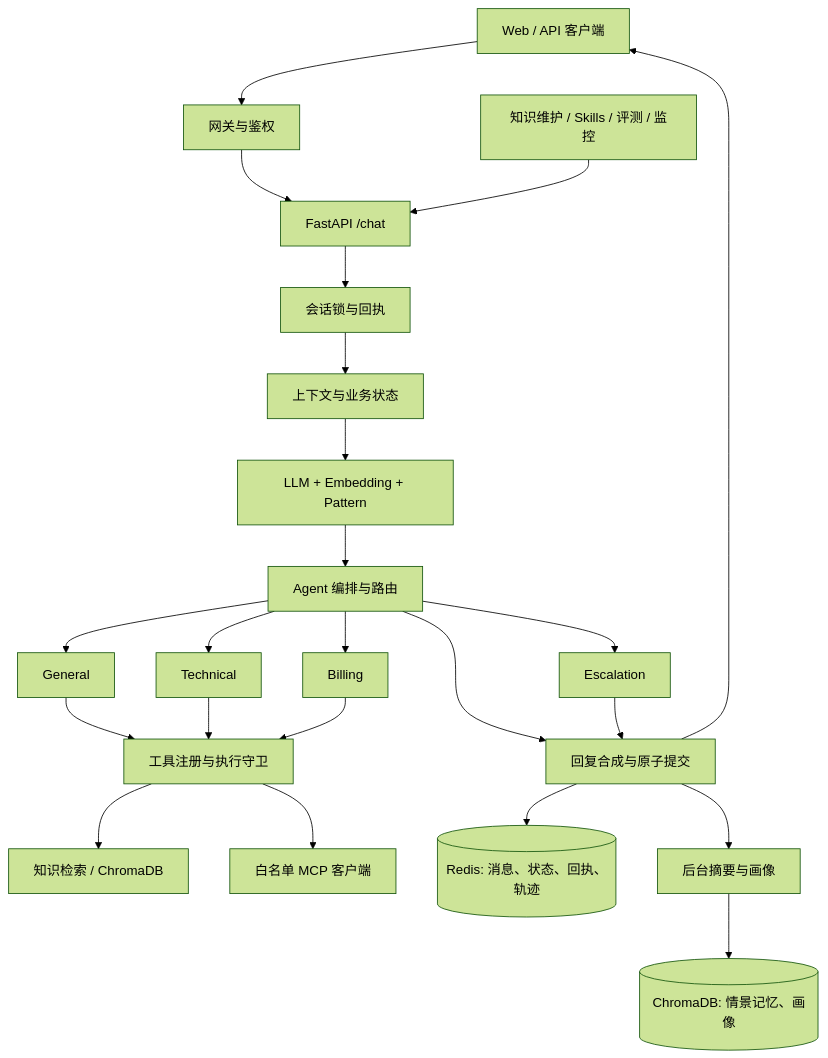
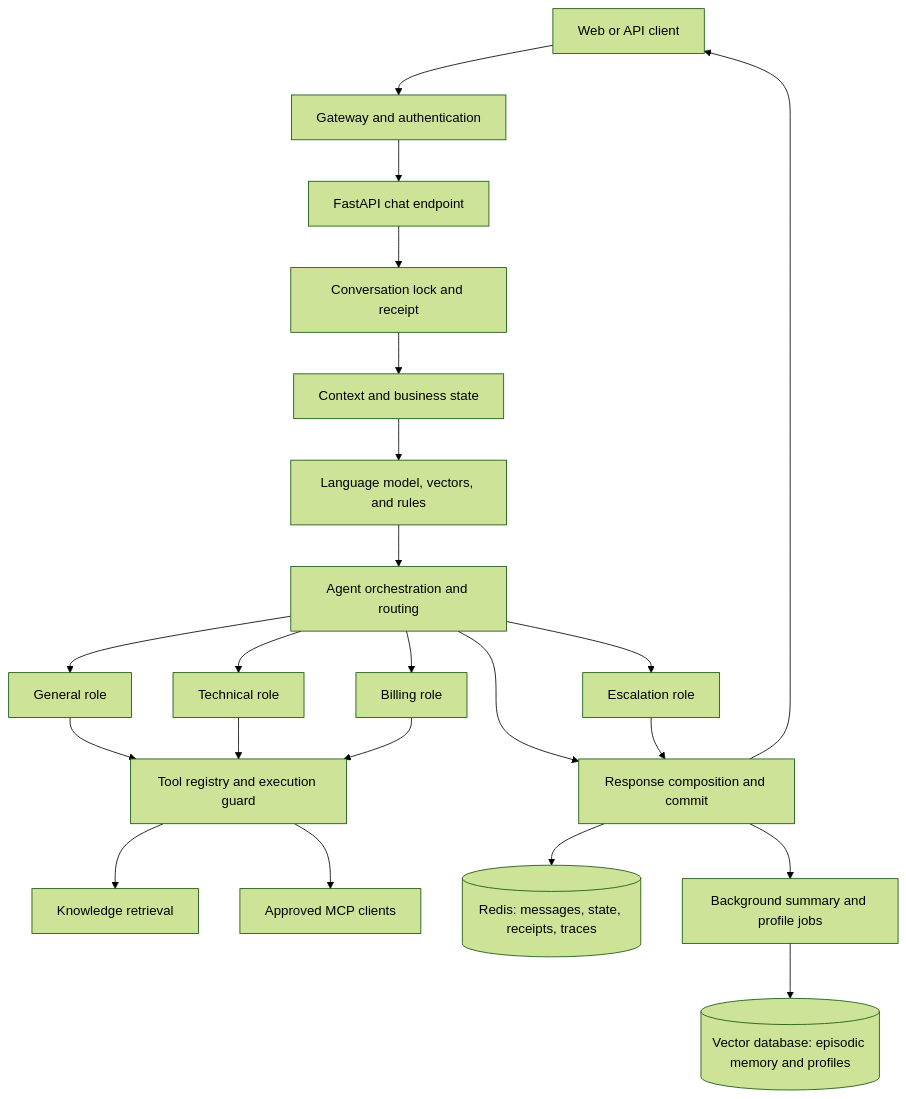
The diagram in docs/technical-design.md (Bruce-Yu-1203/agentflow), drawn with Mermaid (forest theme) before and after one commit. The commit also changed other lines of this file and 2 other files, not shown here.

Commit message:
docs: rewrite AgentFlow documents in English

````diff
--- a/docs/technical-design.md
+++ b/docs/technical-design.md
@@ -13,23 +13,24 @@
 ```mermaid
 flowchart TD
-    Client[Web / API 客户端] --> Gateway[网关与鉴权]
-    Gateway --> Chat[FastAPI /chat]
-    Chat --> Lock[会话锁与回执]
-    Lock --> Memory[上下文与业务状态]
-    Memory --> Intent[LLM + Embedding + Pattern]
-    Intent --> Router[Agent 编排与路由]
-    Router --> General[General]
-    Router --> Technical[Technical]
-    Router --> Billing[Billing]
-    Router --> Escalation[Escalation]
-    General & Technical & Billing --> Tools[工具注册与执行守卫]
-    Tools --> KB[知识检索 / ChromaDB]
-    Tools --> MCP[白名单 MCP 客户端]
-    Router --> Commit[回复合成与原子提交]
+    Client[Web or API client] --> Gateway[Gateway and authentication]
+    Gateway --> Chat[FastAPI chat endpoint]
+    Chat --> Guard[Conversation lock and receipt]
+    Guard --> Context[Context and business state]
+    Context --> Intent[Language model, vectors, and rules]
+    Intent --> Router[Agent orchestration and routing]
+    Router --> General[General role]
+    Router --> Technical[Technical role]
+    Router --> Billing[Billing role]
+    Router --> Escalation[Escalation role]
+    General --> Tools[Tool registry and execution guard]
+    Technical --> Tools
+    Billing --> Tools
+    Tools --> Knowledge[Knowledge retrieval]
+    Tools --> MCP[Approved MCP clients]
+    Router --> Commit[Response composition and commit]
     Escalation --> Commit
-    Commit --> Redis[(Redis: 消息、状态、回执、轨迹)]
+    Commit --> Redis[(Redis: messages, state, receipts, traces)]
     Commit --> Client
-    Commit --> Worker[后台摘要与画像]
-    Worker --> Chroma[(ChromaDB: 情景记忆、画像)]
-    Ops[知识维护 / Skills / 评测 / 监控] --> Chat
+    Commit --> Worker[Background summary and profile jobs]
+    Worker --> VectorDB[(Vector database: episodic memory and profiles)]
 ```
````
